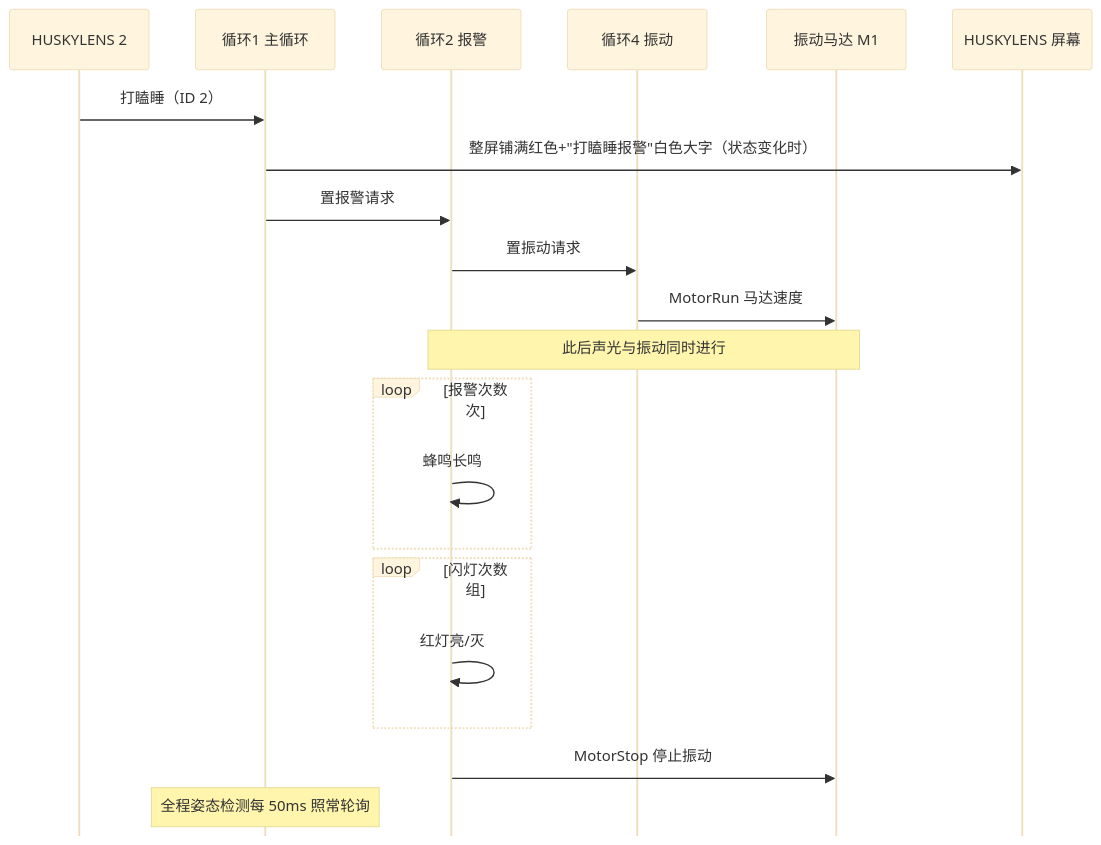
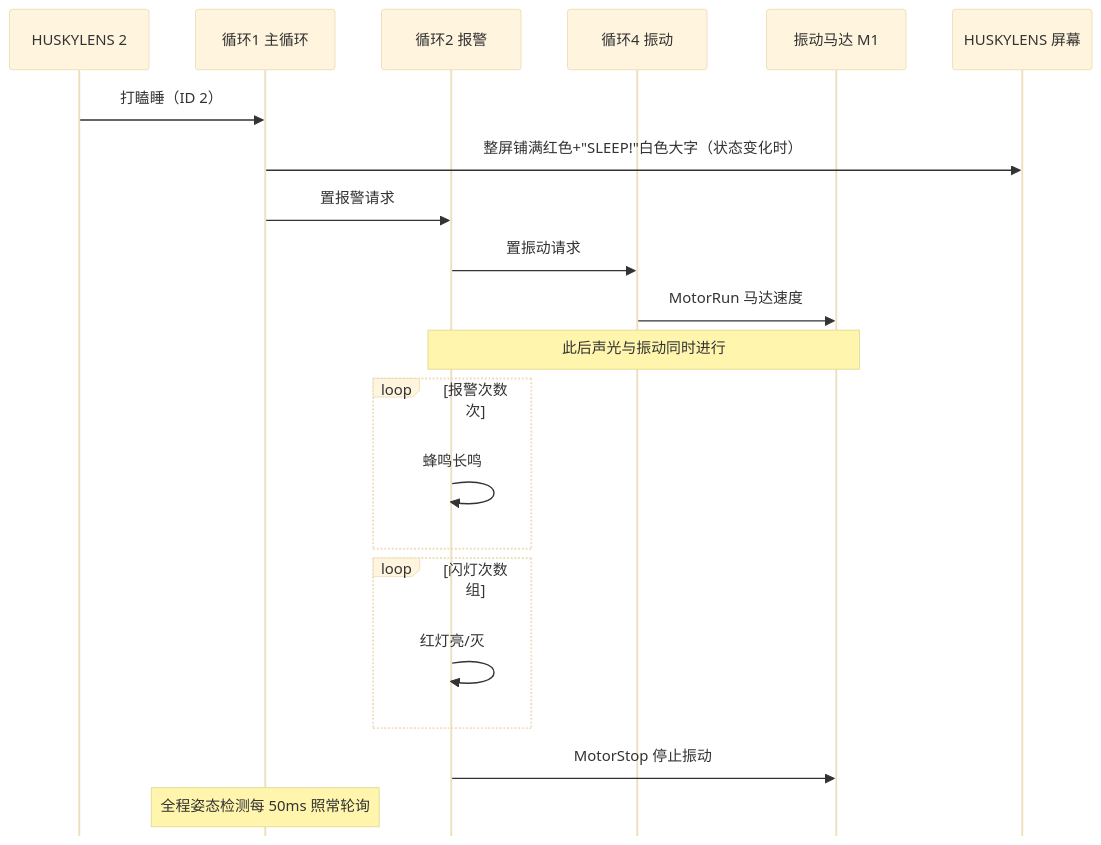
Before and after one commit to Gsjsjzhznsz/driver: the third of 3 diagrams in README.md, drawn with Mermaid. The commit also changed other lines of this file and 3 other files, not shown here.

````diff
--- a/README.md
+++ b/README.md
@@ -192,24 +197,24 @@
 ```mermaid
 %%{init: {"theme":"base","themeVariables":{"fontSize":"15px"},"sequence":{"mirrorActors":false,"messageAlign":"center"}}}%%
 sequenceDiagram
     participant H as HUSKYLENS 2
     participant M as 循环1 主循环
     participant A as 循环2 报警
     participant V as 循环4 振动
     participant E as 振动马达 M1
     participant S as HUSKYLENS 屏幕
     H->>M: 打瞌睡（ID 2）
-    M->>S: 整屏铺满红色+"打瞌睡报警"白色大字（状态变化时）
+    M->>S: 整屏铺满红色+"SLEEP!"白色大字（状态变化时）
     M->>A: 置报警请求
     A->>V: 置振动请求
     V->>E: MotorRun 马达速度
     Note over A,E: 此后声光与振动同时进行
     loop 报警次数 次
         A->>A: 蜂鸣长鸣
     end
     loop 闪灯次数 组
         A->>A: 红灯亮/灭
     end
     A->>E: MotorStop 停止振动
     Note over M: 全程姿态检测每 50ms 照常轮询
 ```
````
